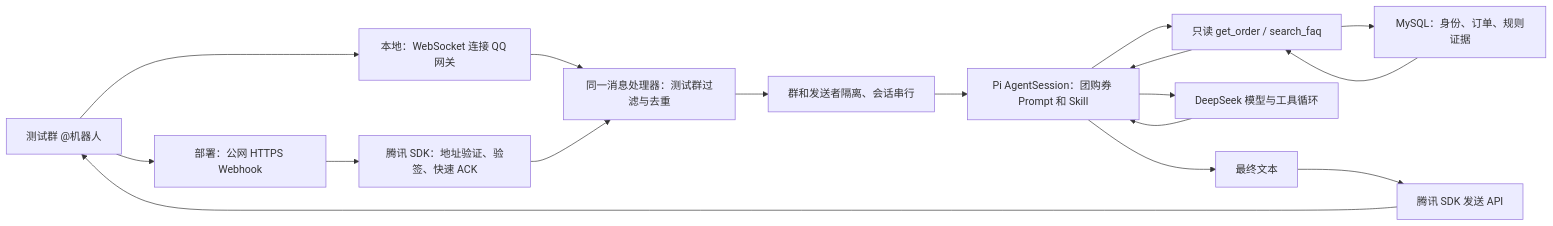
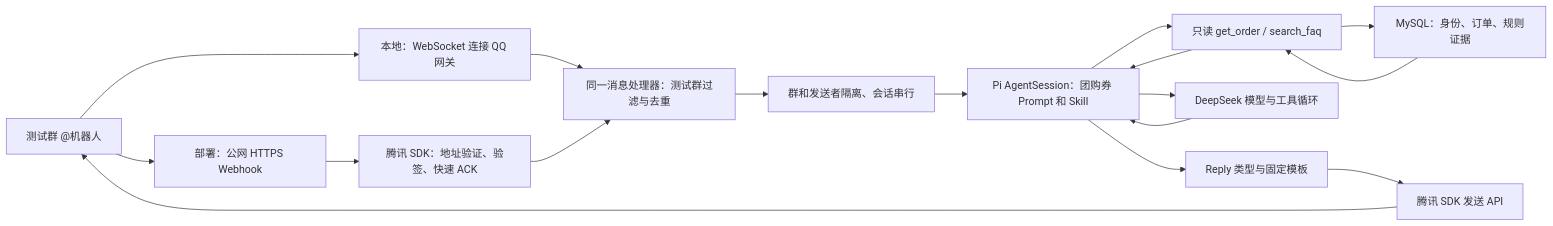
The diagram in docs/qq-integration.md (erha1499/dave-agent), drawn with Mermaid before and after one commit. The commit also changed other lines of this file and 17 other files, not shown here.

````diff
--- a/docs/qq-integration.md
+++ b/docs/qq-integration.md
@@ -9,19 +9,19 @@
 ```mermaid
 flowchart LR
   Q[测试群 @机器人] --> W[部署：公网 HTTPS Webhook]
   Q --> C[本地：WebSocket 连接 QQ 网关]
   W --> S[腾讯 SDK：地址验证、验签、快速 ACK]
   C --> H[同一消息处理器：测试群过滤与去重]
   S --> H
   H --> I[群和发送者隔离、会话串行]
   I --> P[Pi AgentSession：团购券 Prompt 和 Skill]
   P --> T[只读 get_order / search_faq]
   T --> D[MySQL：身份、订单、规则证据]
   D --> T
   T --> P
   P --> M[DeepSeek 模型与工具循环]
   M --> P
-  P --> R[最终文本]
+  P --> R[Reply 类型与固定模板]
   R --> A[腾讯 SDK 发送 API]
   A --> Q
 ```
````
